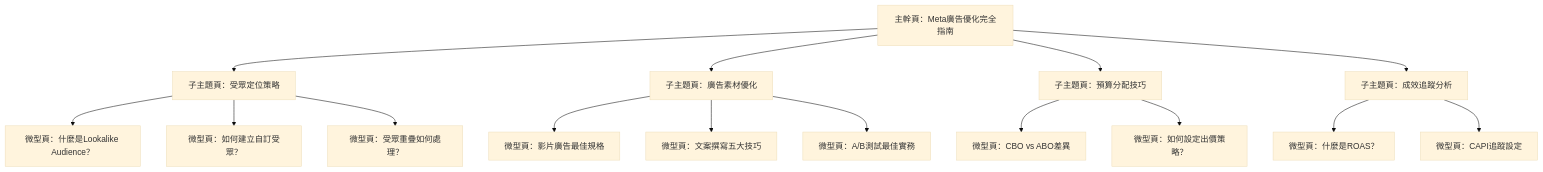
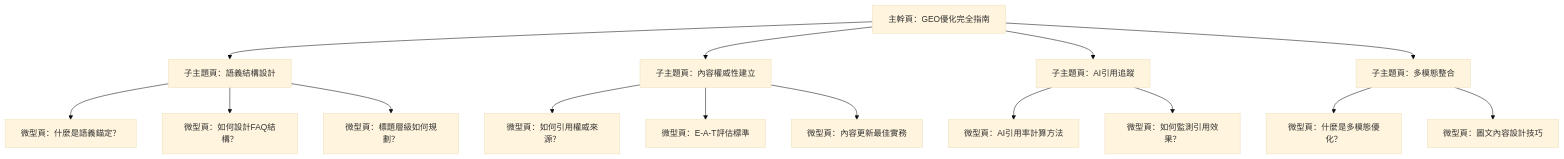
The second of 2 diagrams in posts/semantic-mesh.md (bless25min/AIOGEO-Knowledge), drawn with Mermaid (base theme) before and after one commit. The commit also changed other lines of this file, not shown here.

````diff
--- a/posts/semantic-mesh.md
+++ b/posts/semantic-mesh.md
@@ -435,21 +354,21 @@
 ```mermaid
 graph TD
-    A[主幹頁：Meta廣告優化完全指南] --> B[子主題頁：受眾定位策略]
-    A --> C[子主題頁：廣告素材優化]  
-    A --> D[子主題頁：預算分配技巧]
-    A --> E[子主題頁：成效追蹤分析]
+    A[主幹頁：GEO優化完全指南] --> B[子主題頁：語義結構設計]
+    A --> C[子主題頁：內容權威性建立]  
+    A --> D[子主題頁：AI引用追蹤]
+    A --> E[子主題頁：多模態整合]
     
-    B --> F[微型頁：什麼是Lookalike Audience？]
-    B --> G[微型頁：如何建立自訂受眾？]
-    B --> H[微型頁：受眾重疊如何處理？]
+    B --> F[微型頁：什麼是語義錨定？]
+    B --> G[微型頁：如何設計FAQ結構？]
+    B --> H[微型頁：標題層級如何規劃？]
     
-    C --> I[微型頁：影片廣告最佳規格]
-    C --> J[微型頁：文案撰寫五大技巧]
-    C --> K[微型頁：A/B測試最佳實務]
+    C --> I[微型頁：如何引用權威來源？]
+    C --> J[微型頁：E-A-T評估標準]
+    C --> K[微型頁：內容更新最佳實務]
     
-    D --> L[微型頁：CBO vs ABO差異]
-    D --> M[微型頁：如何設定出價策略？]
+    D --> L[微型頁：AI引用率計算方法]
+    D --> M[微型頁：如何監測引用效果？]
     
-    E --> N[微型頁：什麼是ROAS？]
-    E --> O[微型頁：CAPI追蹤設定]
+    E --> N[微型頁：什麼是多模態優化？]
+    E --> O[微型頁：圖文內容設計技巧]
 ```
````
